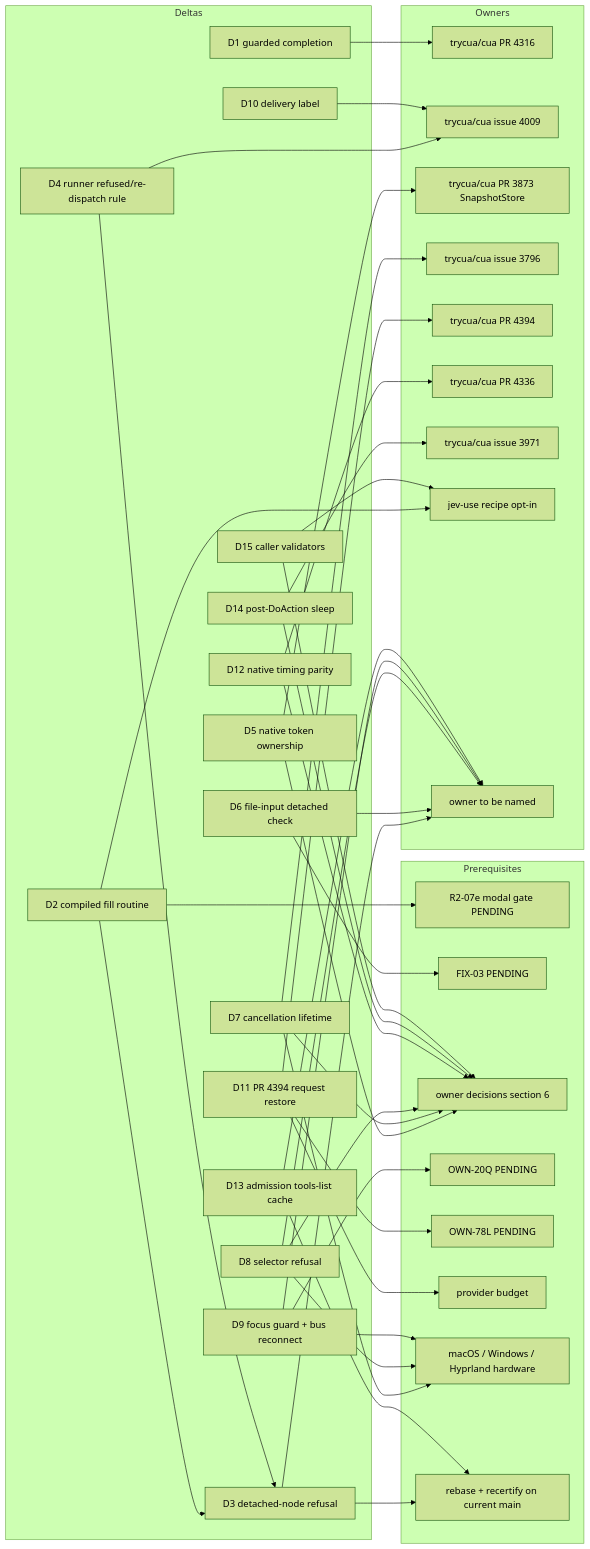
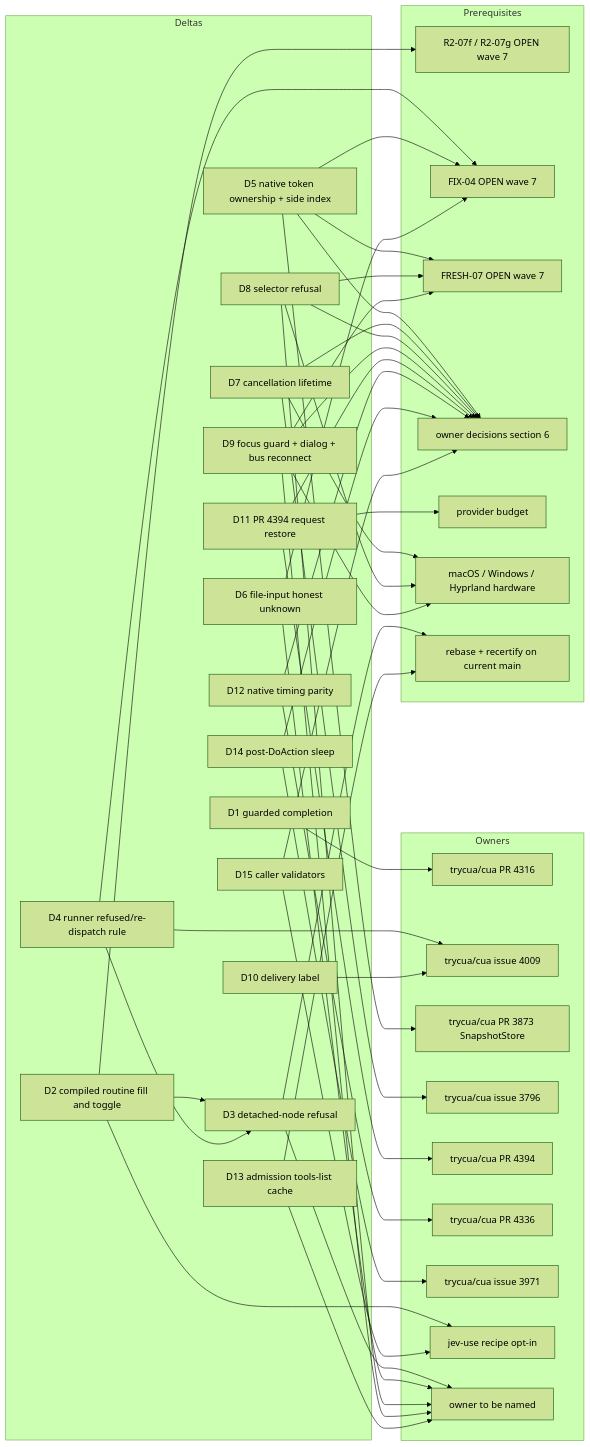
Before and after one commit to kvnloo/cua: the diagram in docs/rfc/3963-rewrite/README.md, drawn with Mermaid (forest theme). The commit also changed other lines of this file and 9 other files, not shown here.

````diff
--- a/docs/rfc/3963-rewrite/README.md
+++ b/docs/rfc/3963-rewrite/README.md
@@ -403,74 +436,78 @@
 ```mermaid
 flowchart LR
   subgraph Deltas
     D1[D1 guarded completion]
-    D2[D2 compiled fill routine]
+    D2[D2 compiled routine fill and toggle]
     D3[D3 detached-node refusal]
     D4[D4 runner refused/re-dispatch rule]
-    D5[D5 native token ownership]
-    D6[D6 file-input detached check]
+    D5[D5 native token ownership + side index]
+    D6[D6 file-input honest unknown]
     D7[D7 cancellation lifetime]
     D8[D8 selector refusal]
-    D9[D9 focus guard + bus reconnect]
+    D9[D9 focus guard + dialog + bus reconnect]
     D10[D10 delivery label]
     D11[D11 PR 4394 request restore]
     D12[D12 native timing parity]
     D13[D13 admission tools-list cache]
     D14[D14 post-DoAction sleep]
     D15[D15 caller validators]
   end
   subgraph Owners
     U4316[trycua/cua PR 4316]
     U4009[trycua/cua issue 4009]
     U3873[trycua/cua PR 3873 SnapshotStore]
     U3796[trycua/cua issue 3796]
     U4394[trycua/cua PR 4394]
     U4336[trycua/cua PR 4336]
     U3971[trycua/cua issue 3971]
     URECIPE[jev-use recipe opt-in]
     UNONE[owner to be named]
   end
   subgraph Prerequisites
-    PR207E[R2-07e modal gate PENDING]
-    PFIX03[FIX-03 PENDING]
+    P207F[R2-07f / R2-07g OPEN wave 7]
+    PFIX04[FIX-04 OPEN wave 7]
+    PFRESH[FRESH-07 OPEN wave 7]
     POD[owner decisions section 6]
-    P20Q[OWN-20Q PENDING]
-    P78L[OWN-78L PENDING]
     PBUD[provider budget]
     PHW[macOS / Windows / Hyprland hardware]
     PREB[rebase + recertify on current main]
   end
   D1 --> U4316
   D2 --> URECIPE
   D2 --> D3
-  D2 --> PR207E
+  D2 --> P207F
   D3 --> UNONE
   D3 --> PREB
   D4 --> U4009
   D4 --> D3
+  D4 --> PFIX04
   D5 --> U3873
   D5 --> POD
+  D5 --> PFIX04
+  D5 --> PFRESH
   D6 --> UNONE
-  D6 --> PFIX03
+  D6 --> PFIX04
   D7 --> U3796
   D7 --> POD
   D7 --> PHW
   D8 --> UNONE
   D8 --> POD
   D8 --> PHW
+  D8 --> PFRESH
   D9 --> UNONE
-  D9 --> P20Q
+  D9 --> POD
+  D9 --> PFRESH
   D9 --> PHW
   D10 --> U4009
   D11 --> U4394
-  D11 --> P78L
   D11 --> PBUD
+  D11 --> POD
   D12 --> U4336
   D12 --> POD
   D13 --> UNONE
   D13 --> PREB
   D14 --> U3971
   D14 --> POD
   D15 --> URECIPE
   D15 --> POD
 ```
````
